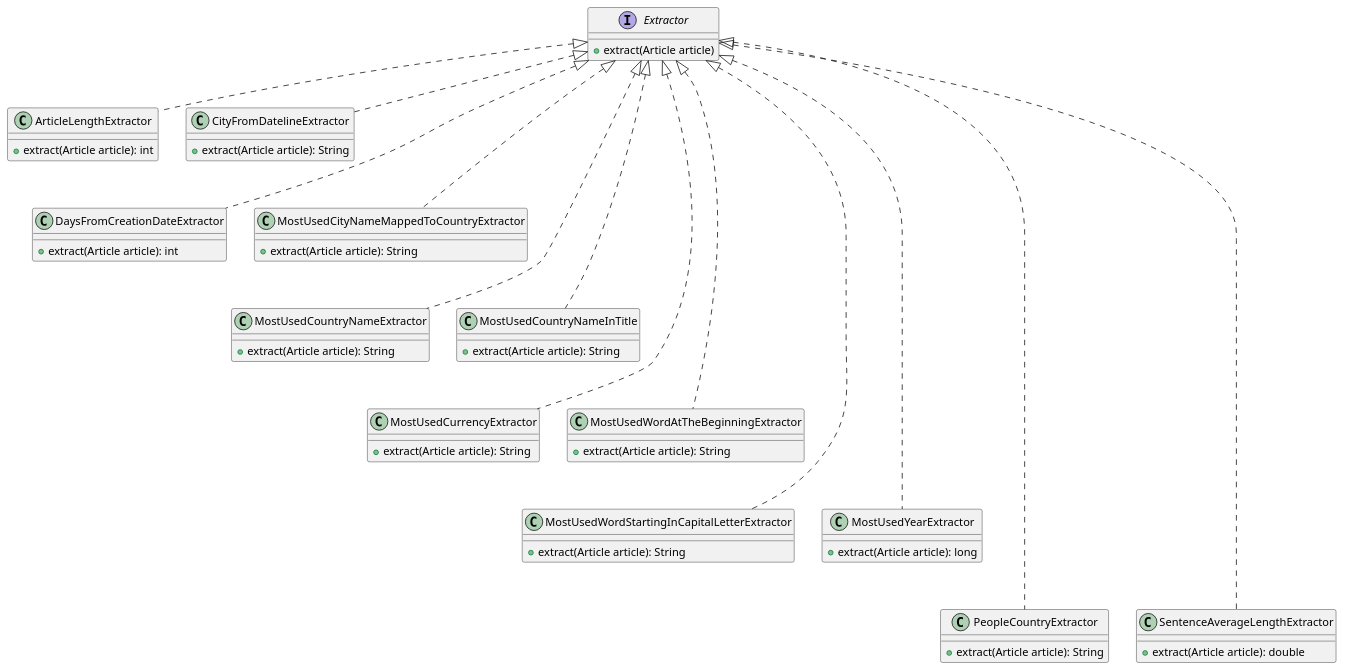
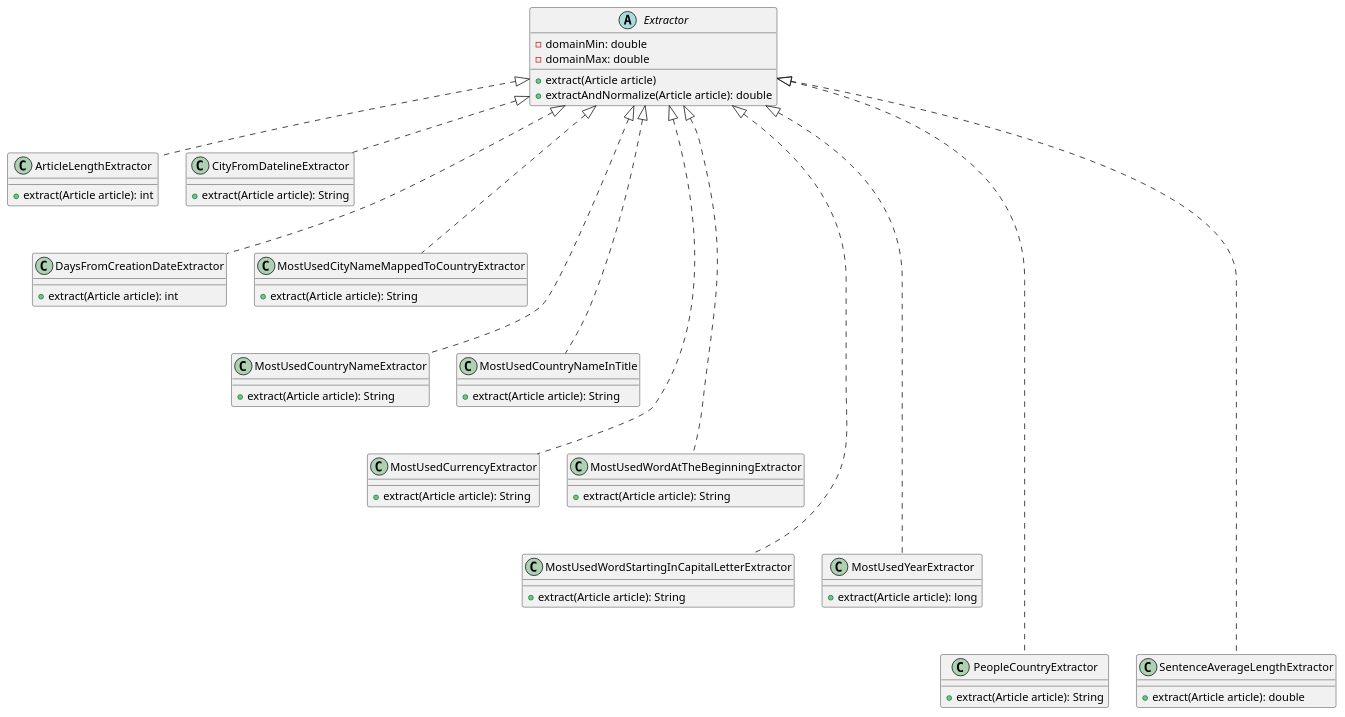
The second of 4 diagrams in README.md (kambed/Computer-Recognition-Systems), drawn with PlantUML before and after one commit. The commit also changed other lines of this file, not shown here.

Commit message:
Update extractor

````diff
--- a/README.md
+++ b/README.md
@@ -63,54 +63,57 @@
 ```plantuml
-interface Extractor {
+abstract class Extractor {
+    - domainMin: double
+    - domainMax: double
     + extract(Article article)
+    + extractAndNormalize(Article article): double
 }
 class ArticleLengthExtractor {
     + extract(Article article): int
 }
 class CityFromDatelineExtractor {
     + extract(Article article): String
 }
 class DaysFromCreationDateExtractor {
     + extract(Article article): int
 }
 class MostUsedCityNameMappedToCountryExtractor {
     + extract(Article article): String
 }
 class MostUsedCountryNameExtractor {
     + extract(Article article): String
 }
 class MostUsedCountryNameInTitle {
     + extract(Article article): String
 }
 class MostUsedCurrencyExtractor {
     + extract(Article article): String
 }
 class MostUsedWordAtTheBeginningExtractor {
     + extract(Article article): String
 }
 class MostUsedWordStartingInCapitalLetterExtractor {
     + extract(Article article): String
 }
 class MostUsedYearExtractor {
     + extract(Article article): long
 }
 class PeopleCountryExtractor {
     + extract(Article article): String
 }
 class SentenceAverageLengthExtractor {
     + extract(Article article): double
 }
 
 Extractor <|.. ArticleLengthExtractor
 Extractor <|.. CityFromDatelineExtractor
 Extractor <|... DaysFromCreationDateExtractor
 Extractor <|... MostUsedCityNameMappedToCountryExtractor
 Extractor <|.... MostUsedCountryNameExtractor
 Extractor <|.... MostUsedCountryNameInTitle
 Extractor <|..... MostUsedCurrencyExtractor
 Extractor <|..... MostUsedWordAtTheBeginningExtractor
 Extractor <|...... MostUsedWordStartingInCapitalLetterExtractor
 Extractor <|...... MostUsedYearExtractor
 Extractor <|....... PeopleCountryExtractor
 Extractor <|....... SentenceAverageLengthExtractor
 ```
````
